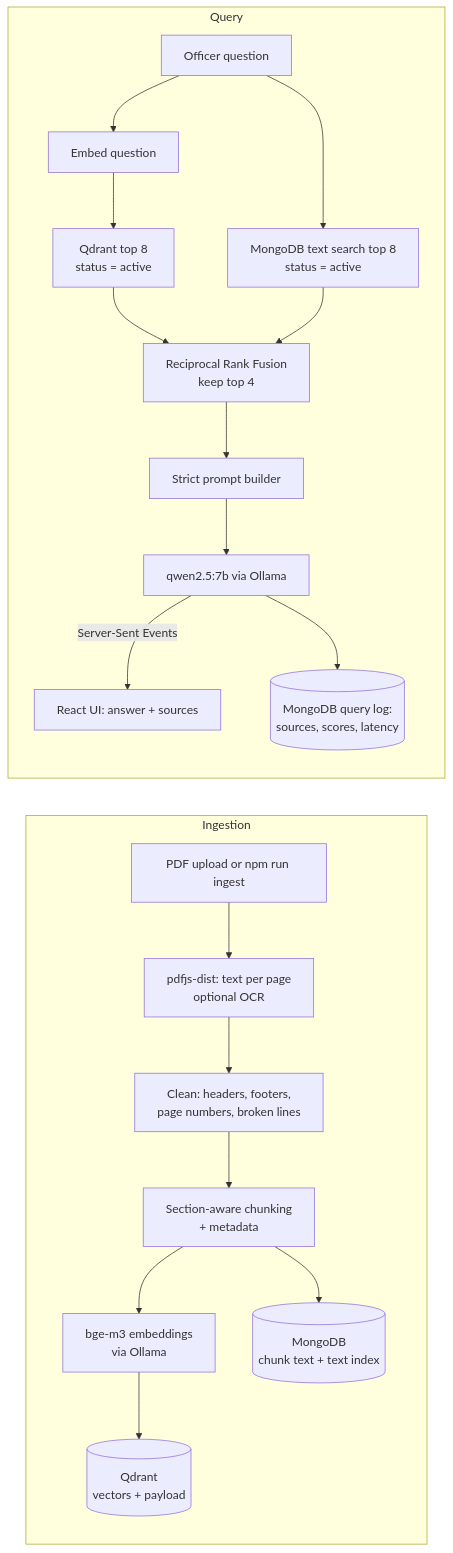
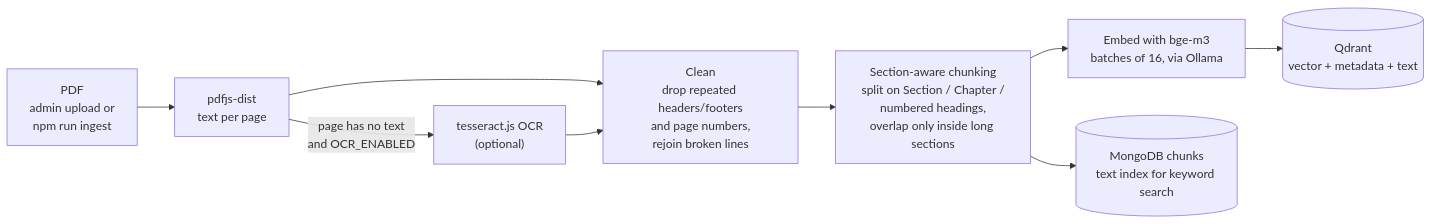
Before and after one commit to Shantanu-Kulkarni1229/Tapas-Kiran-V2: the second of 5 diagrams in README.md, drawn with Mermaid. The commit also changed other lines of this file, not shown here.

````diff
--- a/README.md
+++ b/README.md
@@ -16,22 +68,11 @@
 ```mermaid
 flowchart LR
-  subgraph Ingestion
-    A[PDF upload or npm run ingest] --> B[pdfjs-dist: text per page<br/>optional OCR]
-    B --> C[Clean: headers, footers,<br/>page numbers, broken lines]
-    C --> D[Section-aware chunking<br/>+ metadata]
-    D --> E[bge-m3 embeddings<br/>via Ollama]
-    E --> F[(Qdrant<br/>vectors + payload)]
-    D --> G[(MongoDB<br/>chunk text + text index)]
-  end
-  subgraph Query
-    Q[Officer question] --> V[Embed question]
-    V --> S1[Qdrant top 8<br/>status = active]
-    Q --> S2[MongoDB text search top 8<br/>status = active]
-    S1 --> R[Reciprocal Rank Fusion<br/>keep top 4]
-    S2 --> R
-    R --> P[Strict prompt builder]
-    P --> L[qwen2.5:7b via Ollama]
-    L -->|Server-Sent Events| U[React UI: answer + sources]
-    L --> LOG[(MongoDB query log:<br/>sources, scores, latency)]
-  end
+  A["PDF<br/>admin upload or<br/>npm run ingest"] --> B["pdfjs-dist<br/>text per page"]
+  B -->|"page has no text<br/>and OCR_ENABLED"| B2["tesseract.js OCR<br/>(optional)"]
+  B --> C
+  B2 --> C["Clean<br/>drop repeated headers/footers<br/>and page numbers,<br/>rejoin broken lines"]
+  C --> D["Section-aware chunking<br/>split on Section / Chapter /<br/>numbered headings,<br/>overlap only inside long sections"]
+  D --> E["Embed with bge-m3<br/>batches of 16, via Ollama"]
+  E --> F[("Qdrant<br/>vector + metadata + text")]
+  D --> G[("MongoDB chunks<br/>text index for keyword search")]
 ```
````
